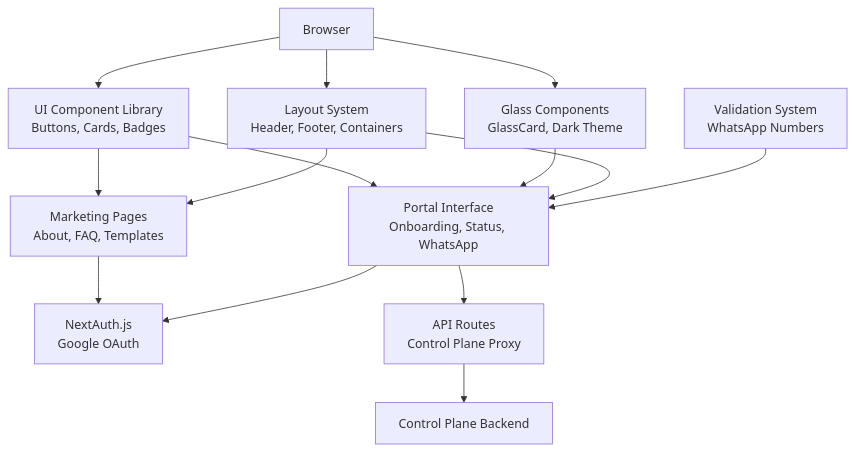
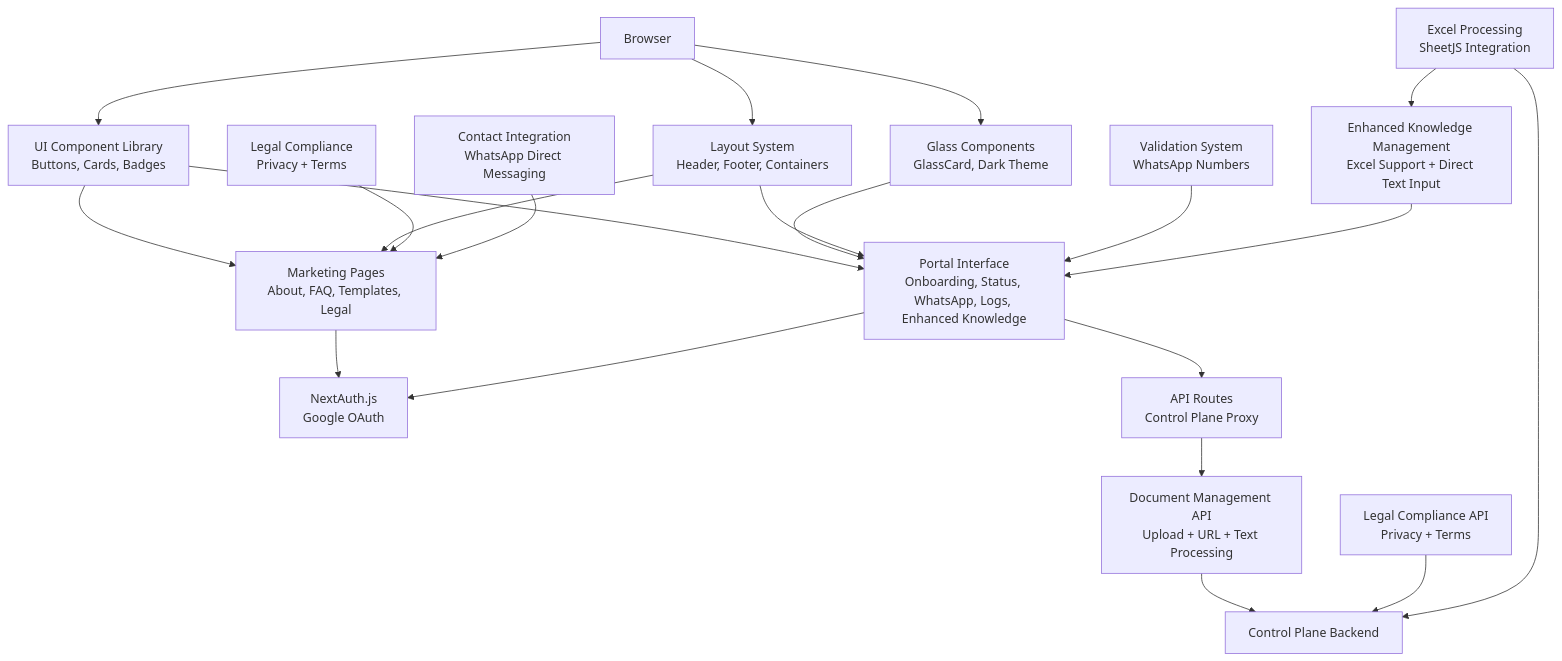
One commit to askchiwa-spec/FLOW-HQ-BOT changed the second of 3 diagrams in .qoder/repowiki/en/content/Frontend Application/Frontend Application.md. Above: the diagram before and after it, drawn with Mermaid. The commit also changed other lines of this file and 27 other files, not shown here.

````diff
--- a/.qoder/repowiki/en/content/Frontend Application/Frontend Application.md
+++ b/.qoder/repowiki/en/content/Frontend Application/Frontend Application.md
@@ -172,25 +210,38 @@
 ```mermaid
 graph TB
 Client["Browser"]
 UI["UI Component Library<br/>Buttons, Cards, Badges"]
 Glass["Glass Components<br/>GlassCard, Dark Theme"]
 Layout["Layout System<br/>Header, Footer, Containers"]
 Validation["Validation System<br/>WhatsApp Numbers"]
-Marketing["Marketing Pages<br/>About, FAQ, Templates"]
-Portal["Portal Interface<br/>Onboarding, Status, WhatsApp"]
+Legal["Legal Compliance<br/>Privacy + Terms"]
+Contact["Contact Integration<br/>WhatsApp Direct Messaging"]
+Knowledge["Enhanced Knowledge Management<br/>Excel Support + Direct Text Input"]
+Excel["Excel Processing<br/>SheetJS Integration"]
+Marketing["Marketing Pages<br/>About, FAQ, Templates, Legal"]
+Portal["Portal Interface<br/>Onboarding, Status, WhatsApp, Logs, Enhanced Knowledge"]
 Auth["NextAuth.js<br/>Google OAuth"]
 API["API Routes<br/>Control Plane Proxy"]
+DocAPI["Document Management API<br/>Upload + URL + Text Processing"]
+LegalAPI["Legal Compliance API<br/>Privacy + Terms"]
 Client --> UI
 Client --> Glass
 Client --> Layout
 UI --> Marketing
 UI --> Portal
 Glass --> Portal
 Layout --> Marketing
 Layout --> Portal
 Validation --> Portal
+Legal --> Marketing
+Contact --> Marketing
+Knowledge --> Portal
+Excel --> Knowledge
 Marketing --> Auth
 Portal --> Auth
 Portal --> API
-API --> ControlPlane["Control Plane Backend"]
+API --> DocAPI
+DocAPI --> ControlPlane["Control Plane Backend"]
+LegalAPI --> ControlPlane
+Excel --> ControlPlane
 ```
````
